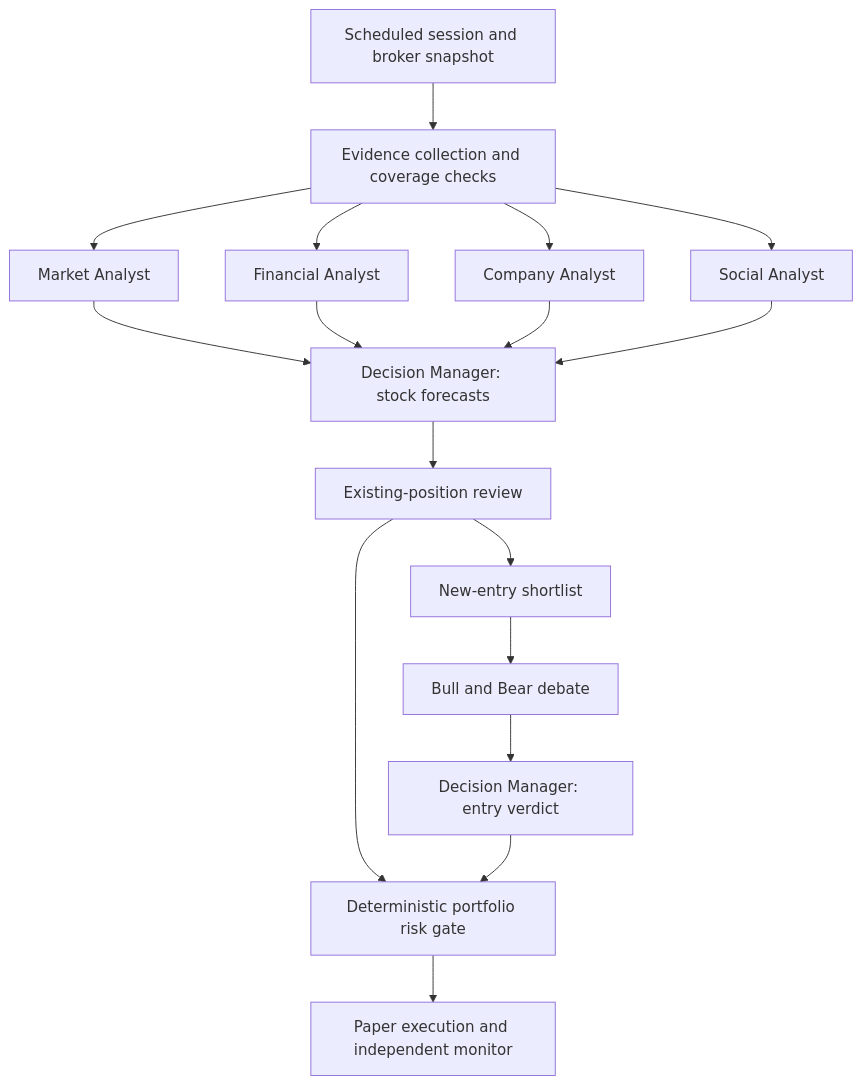
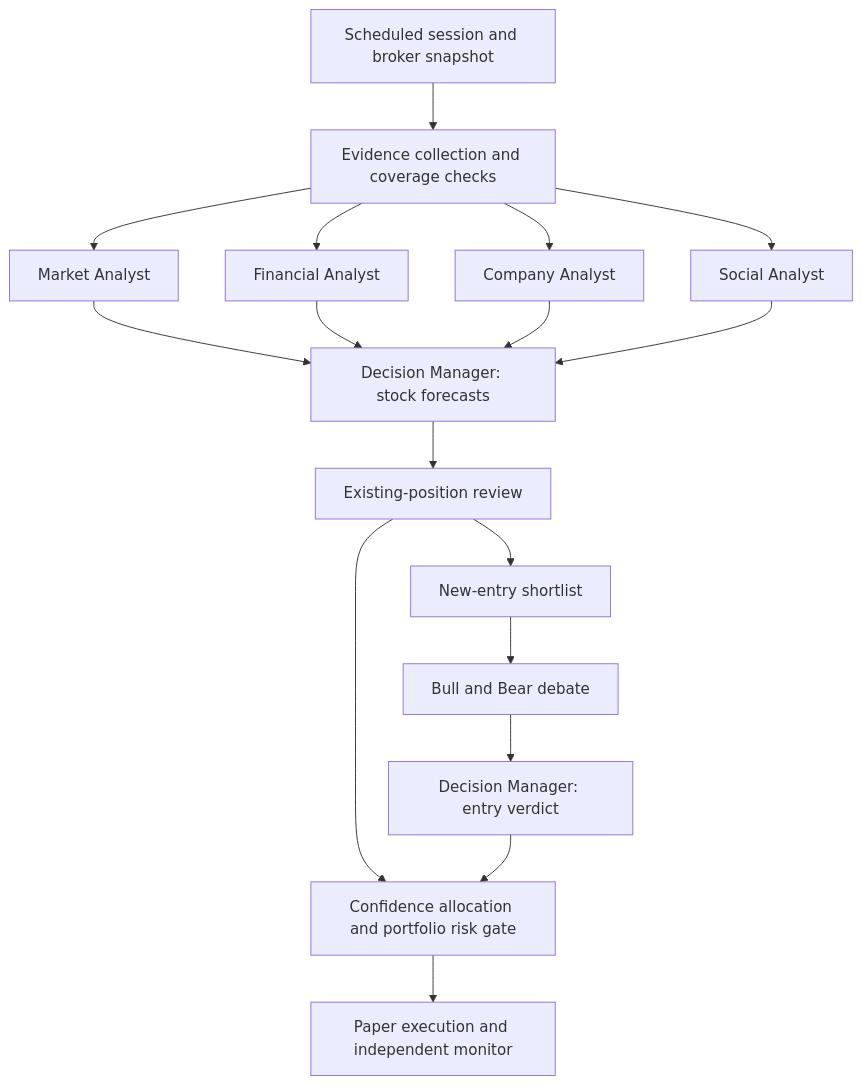
Before and after one commit to JKGiova/agentic-trading-workflow: the diagram in docs/architecture.md, drawn with Mermaid. The commit also changed other lines of this file and 12 other files, not shown here.

Commit message:
docs: add confidence-based investment and portfolio budget management

````diff
--- a/docs/architecture.md
+++ b/docs/architecture.md
@@ -29,19 +29,19 @@
 ```mermaid
 flowchart TD
     S["Scheduled session and broker snapshot"] --> C["Evidence collection and coverage checks"]
     C --> M["Market Analyst"]
     C --> F["Financial Analyst"]
     C --> N["Company Analyst"]
     C --> X["Social Analyst"]
     M --> D["Decision Manager: stock forecasts"]
     F --> D
     N --> D
     X --> D
     D --> P["Existing-position review"]
     P --> L["New-entry shortlist"]
     L --> B["Bull and Bear debate"]
     B --> J["Decision Manager: entry verdict"]
-    P --> R["Deterministic portfolio risk gate"]
+    P --> R["Confidence allocation and portfolio risk gate"]
     J --> R
     R --> E["Paper execution and independent monitor"]
 ```
````
